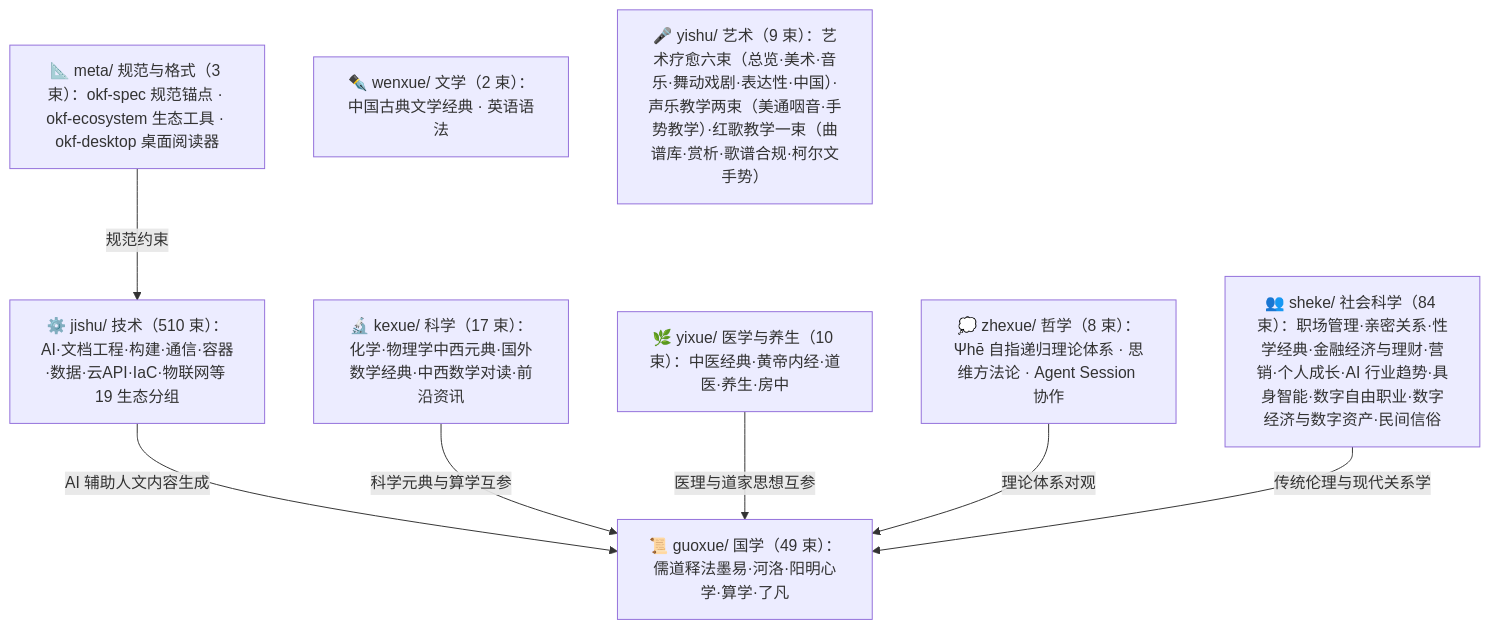
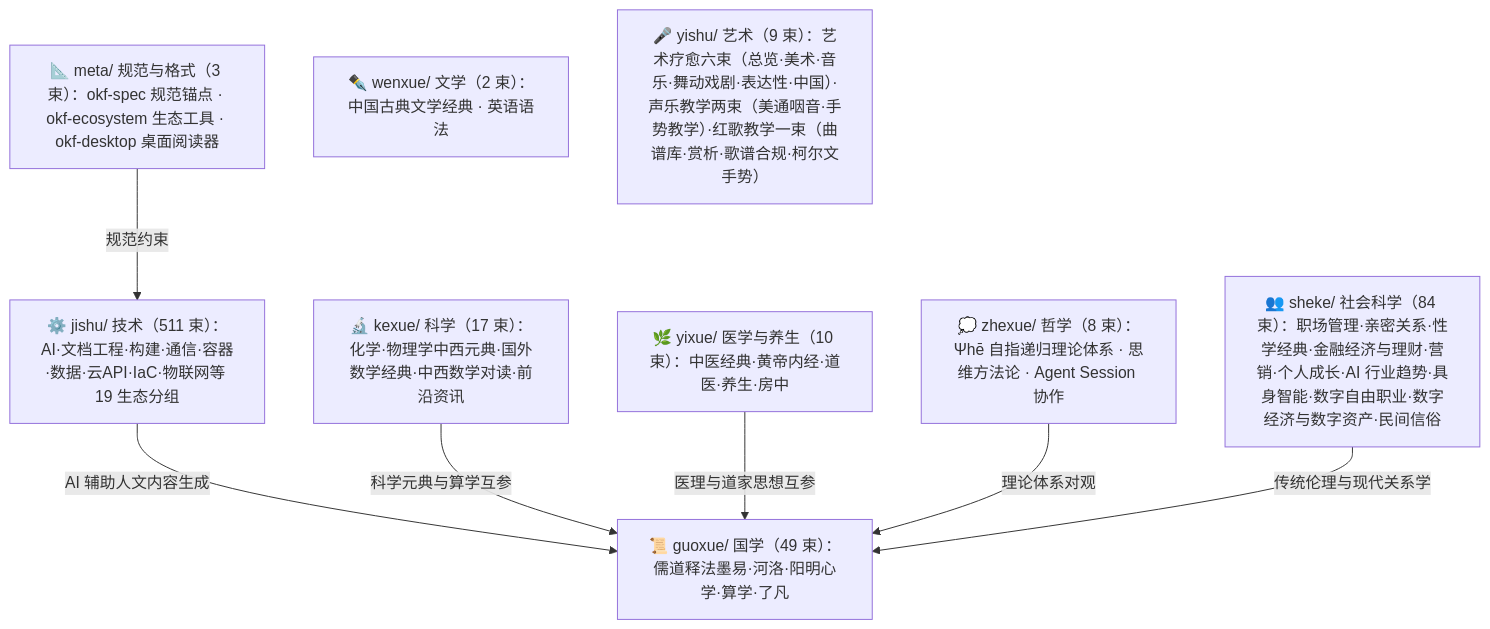
Before and after one commit to awesome-flexloop/awesome-okf: the diagram in doc/bundles/index.md, drawn with Mermaid. The commit also changed other lines of this file and 17 other files, not shown here.

````diff
--- a/doc/bundles/index.md
+++ b/doc/bundles/index.md
@@ -21,18 +21,18 @@
 ```mermaid
 flowchart TD
     meta["📐 meta/ 规范与格式（3 束）：okf-spec 规范锚点 · okf-ecosystem 生态工具 · okf-desktop 桌面阅读器"]
     guoxue["📜 guoxue/ 国学（49 束）：儒道释法墨易·河洛·阳明心学·算学·了凡"]
     zhexue["💭 zhexue/ 哲学（8 束）：Ψhē 自指递归理论体系 · 思维方法论 · Agent Session 协作"]
     kexue["🔬 kexue/ 科学（17 束）：化学·物理学中西元典·国外数学经典·中西数学对读·前沿资讯"]
     wenxue["✒️ wenxue/ 文学（2 束）：中国古典文学经典 · 英语语法"]
     yixue["🌿 yixue/ 医学与养生（10 束）：中医经典·黄帝内经·道医·养生·房中"]
     sheke["👥 sheke/ 社会科学（84 束）：职场管理·亲密关系·性学经典·金融经济与理财·营销·个人成长·AI 行业趋势·具身智能·数字自由职业·数字经济与数字资产·民间信俗"]
     yishu["🎤 yishu/ 艺术（9 束）：艺术疗愈六束（总览·美术·音乐·舞动戏剧·表达性·中国）·声乐教学两束（美通咽音·手势教学）·红歌教学一束（曲谱库·赏析·歌谱合规·柯尔文手势）"]
-    jishu["⚙️ jishu/ 技术（510 束）：AI·文档工程·构建·通信·容器·数据·云API·IaC·物联网等 19 生态分组"]
+    jishu["⚙️ jishu/ 技术（511 束）：AI·文档工程·构建·通信·容器·数据·云API·IaC·物联网等 19 生态分组"]
     meta -->|"规范约束"| jishu
     jishu -->|"AI 辅助人文内容生成"| guoxue
     kexue -->|"科学元典与算学互参"| guoxue
     yixue -->|"医理与道家思想互参"| guoxue
     zhexue -->|"理论体系对观"| guoxue
     sheke -->|"传统伦理与现代关系学"| guoxue
 ```
````
